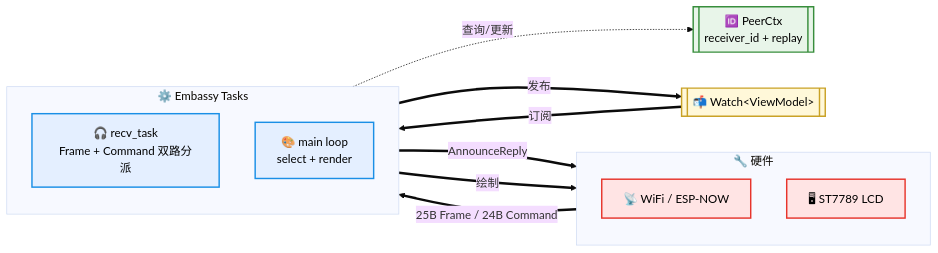
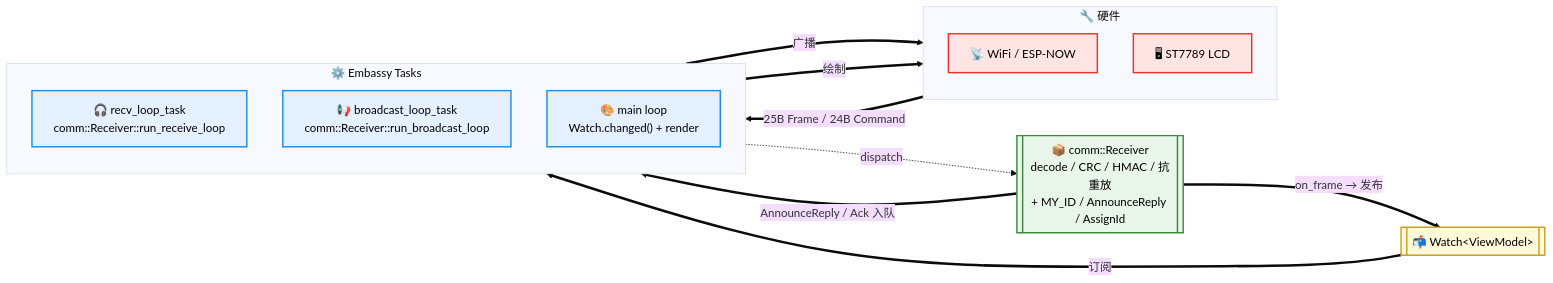
Before and after one commit to lf-wxp/controller: the first of 2 diagrams in crates/c6/README.md, drawn with Mermaid (base theme). The commit also changed other lines of this file and 43 other files, not shown here.

````diff
--- a/crates/c6/README.md
+++ b/crates/c6/README.md
@@ -165,33 +165,35 @@
 ```mermaid
 flowchart LR
     subgraph HW["🔧 硬件"]
         direction TB
         WIFI["📡 WiFi / ESP-NOW"]
         LCD["🖥 ST7789 LCD"]
     end
 
     subgraph Tasks["⚙️ Embassy Tasks"]
         direction TB
-        Recv["🎧 recv_task<br/>Frame + Command 双路分派"]
-        Main["🎨 main loop<br/>select + render"]
+        Recv["🎧 recv_loop_task<br/>comm::Receiver::run_receive_loop"]
+        Bcast["📢 broadcast_loop_task<br/>comm::Receiver::run_broadcast_loop"]
+        Main["🎨 main loop<br/>Watch.changed() + render"]
     end
 
-    Peer[["🆔 PeerCtx<br/>receiver_id + replay"]]
+    Comm[["📦 comm::Receiver<br/>decode / CRC / HMAC / 抗重放<br/>+ MY_ID / AnnounceReply / AssignId"]]
     Watch[["📬 Watch&lt;ViewModel&gt;"]]
 
     WIFI ==>|25B Frame / 24B Command| Recv
-    Recv -.->|查询/更新| Peer
-    Recv ==>|发布| Watch
-    Recv ==>|AnnounceReply| WIFI
+    Recv -.->|dispatch| Comm
+    Comm ==>|on_frame → 发布| Watch
+    Comm ==>|AnnounceReply / Ack 入队| Bcast
+    Bcast ==>|广播| WIFI
     Watch ==>|订阅| Main
     Main ==>|绘制| LCD
 
     classDef hw fill:#ffe4e4,stroke:#e7352c,stroke-width:2px,color:#000
     classDef task fill:#e4efff,stroke:#1a8fe6,stroke-width:2px,color:#000
     classDef pipe fill:#fff8d9,stroke:#c9a227,stroke-width:2px,color:#000
     classDef peer fill:#e8f5e9,stroke:#388e3c,stroke-width:2px,color:#000
     class WIFI,LCD hw
-    class Recv,Main task
+    class Recv,Bcast,Main task
     class Watch pipe
-    class Peer peer
+    class Comm peer
 ```
````
